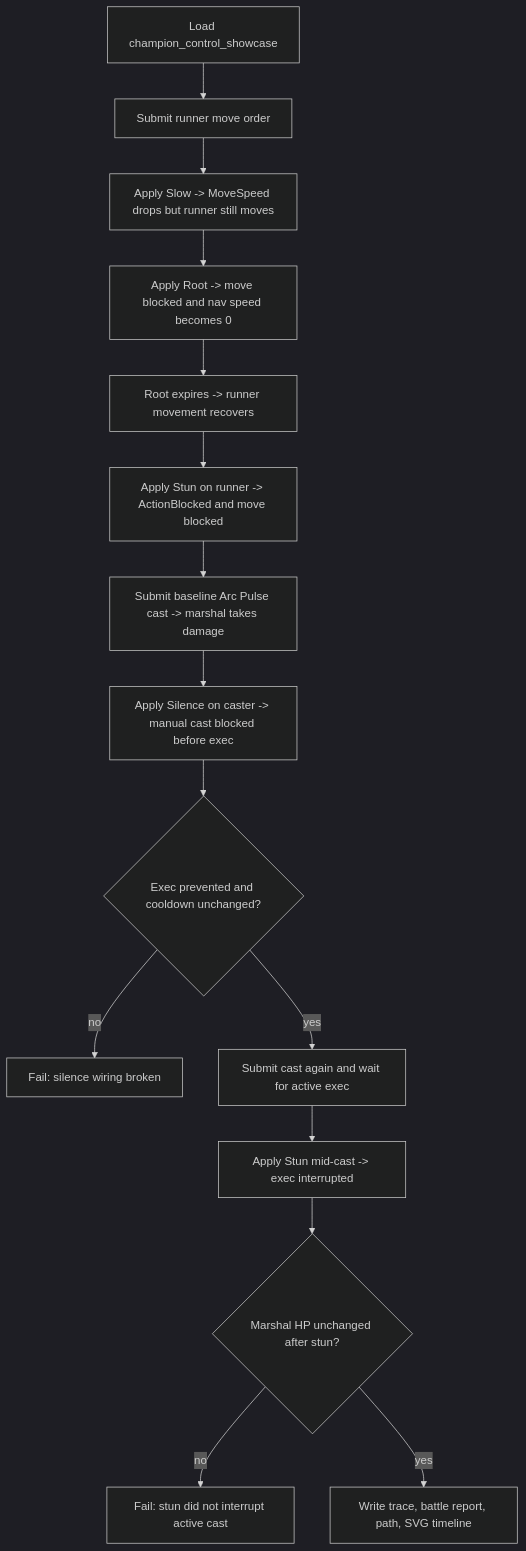
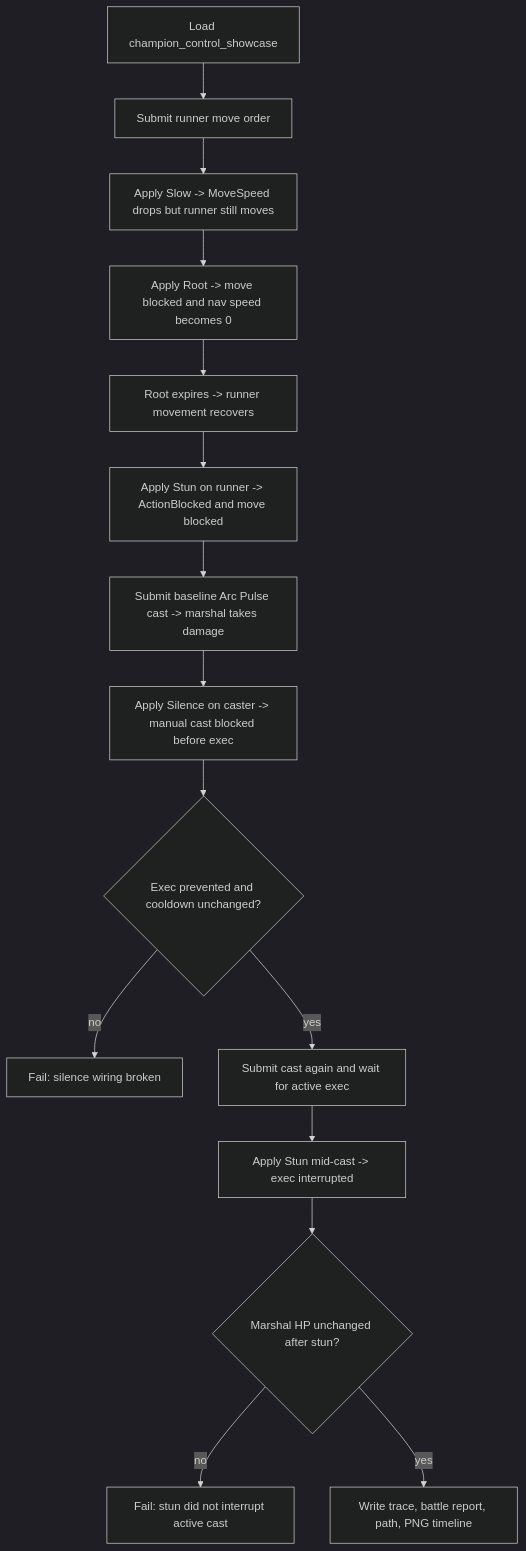
Before and after one commit to MightyBubble/Ludots: the diagram in artifacts/acceptance/champion-control-showcase/path.mmd, drawn with Mermaid (dark theme). The commit also changed 50 other files, not shown here.

```diff
--- a/artifacts/acceptance/champion-control-showcase/path.mmd
+++ b/artifacts/acceptance/champion-control-showcase/path.mmd
@@ -1,15 +1,15 @@
 flowchart TD
     A[Load champion_control_showcase] --> B[Submit runner move order]
     B --> C[Apply Slow -> MoveSpeed drops but runner still moves]
     C --> D[Apply Root -> move blocked and nav speed becomes 0]
     D --> E[Root expires -> runner movement recovers]
     E --> F[Apply Stun on runner -> ActionBlocked and move blocked]
     F --> G[Submit baseline Arc Pulse cast -> marshal takes damage]
     G --> H[Apply Silence on caster -> manual cast blocked before exec]
     H --> I{Exec prevented and cooldown unchanged?}
     I -->|no| X[Fail: silence wiring broken]
     I -->|yes| J[Submit cast again and wait for active exec]
     J --> K[Apply Stun mid-cast -> exec interrupted]
     K --> L{Marshal HP unchanged after stun?}
     L -->|no| Y[Fail: stun did not interrupt active cast]
-    L -->|yes| M[Write trace, battle report, path, SVG timeline]
+    L -->|yes| M[Write trace, battle report, path, PNG timeline]
```
